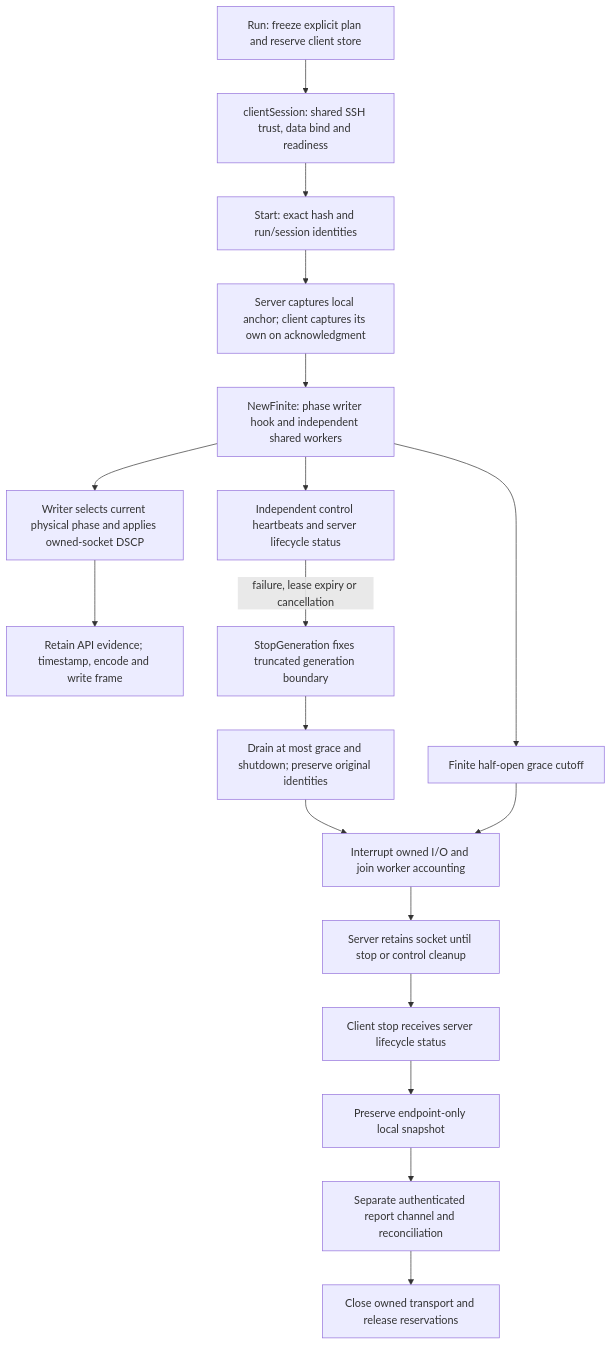
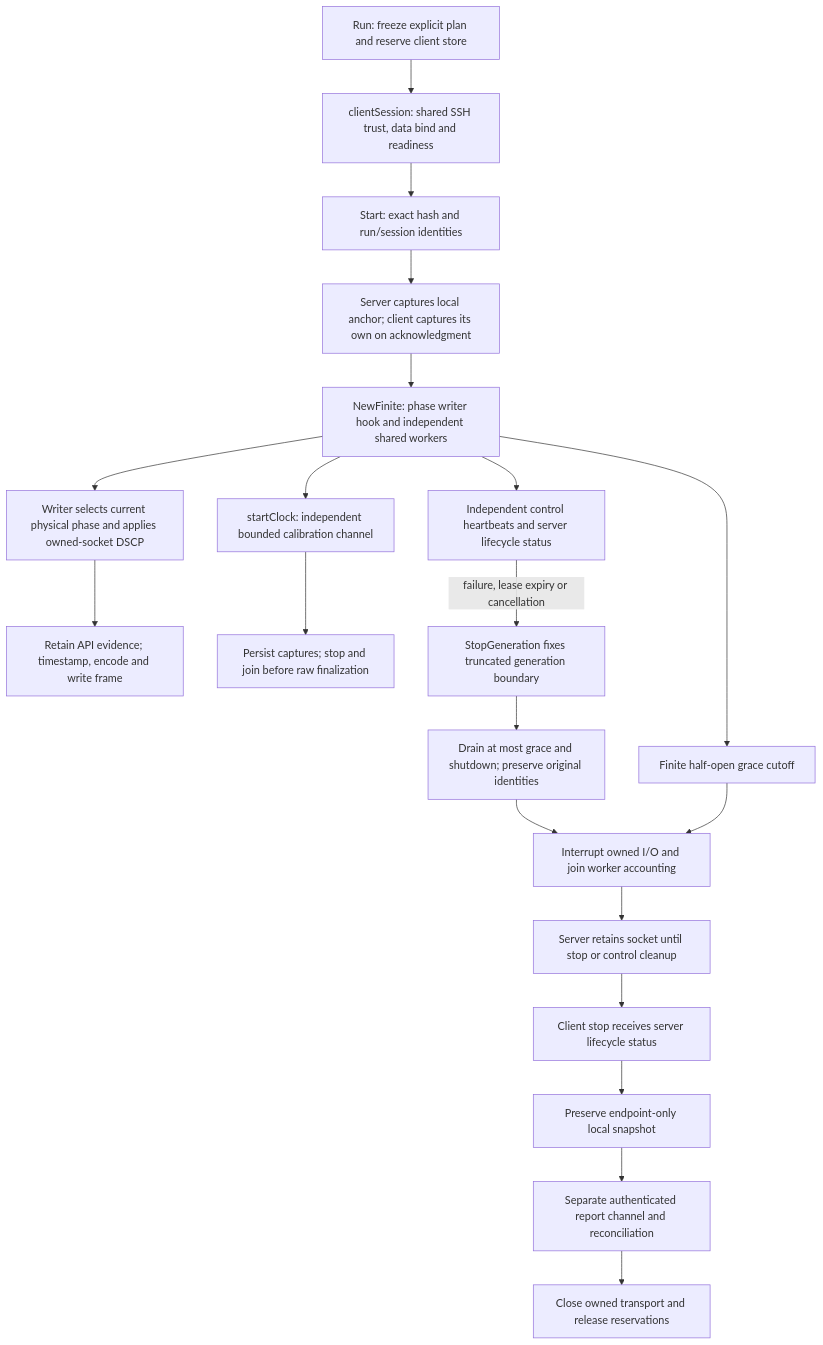
The third of 14 diagrams in FLOWCHART.md (rashidbestry/sneaky-port), drawn with Mermaid before and after one commit. The commit also changed other lines of this file and 18 other files, not shown here.

````diff
--- a/FLOWCHART.md
+++ b/FLOWCHART.md
@@ -72,20 +72,22 @@
 ```mermaid
 flowchart TD
     A[Run: freeze explicit plan and reserve client store] --> B[clientSession: shared SSH trust, data bind and readiness]
     B --> C[Start: exact hash and run/session identities]
     C --> D[Server captures local anchor; client captures its own on acknowledgment]
     D --> E[NewFinite: phase writer hook and independent shared workers]
     E --> F[Writer selects current physical phase and applies owned-socket DSCP]
     F --> G[Retain API evidence; timestamp, encode and write frame]
     E --> H[Independent control heartbeats and server lifecycle status]
+    E --> S[startClock: independent bounded calibration channel]
+    S --> T[Persist captures; stop and join before raw finalization]
     E --> I[Finite half-open grace cutoff]
     H -->|failure, lease expiry or cancellation| J[StopGeneration fixes truncated generation boundary]
     J --> K[Drain at most grace and shutdown; preserve original identities]
     K --> L[Interrupt owned I/O and join worker accounting]
     I --> L
     L --> M[Server retains socket until stop or control cleanup]
     M --> N[Client stop receives server lifecycle status]
     N --> O[Preserve endpoint-only local snapshot]
     O --> R[Separate authenticated report channel and reconciliation]
     R --> P[Close owned transport and release reservations]
 ```
````
